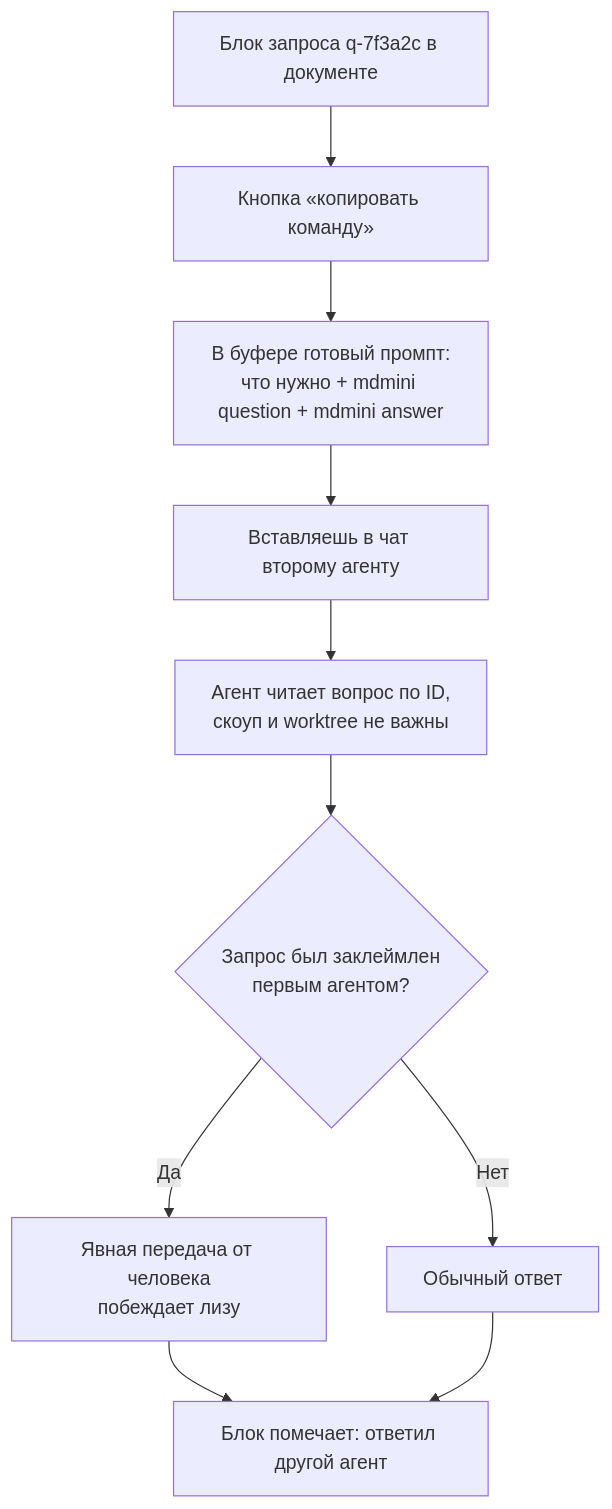
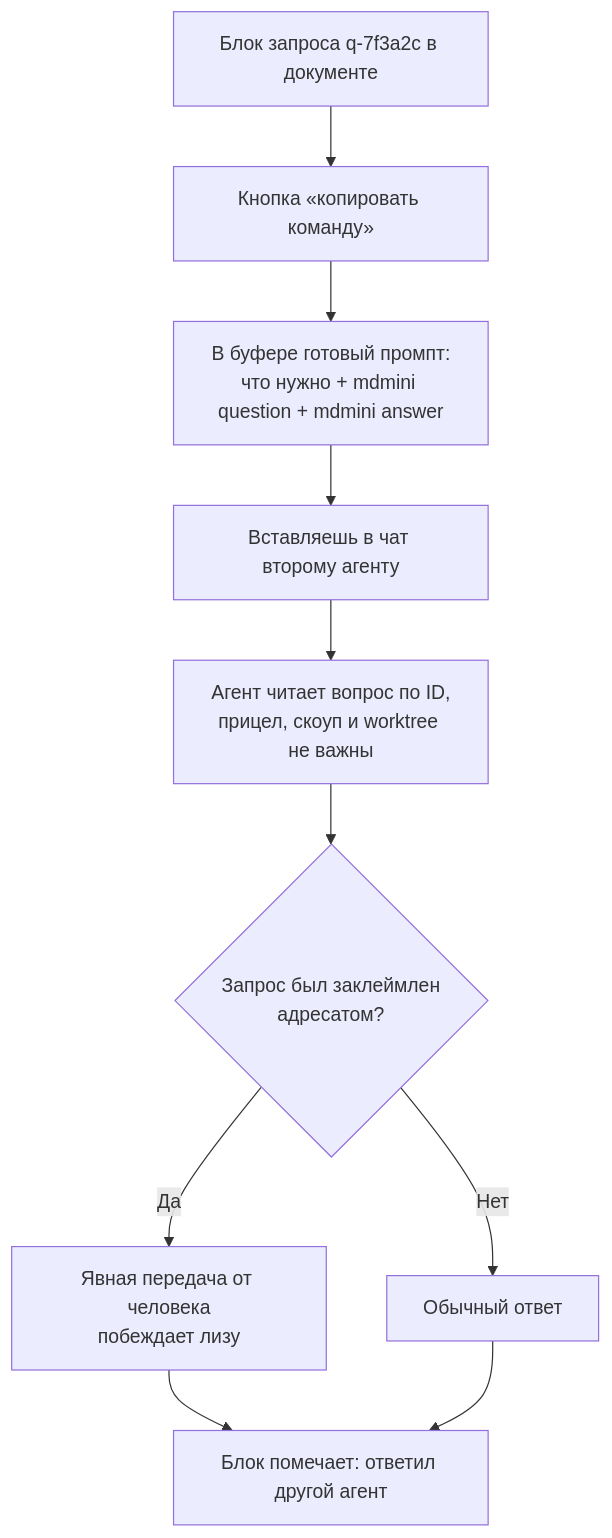
Before and after one commit to malinborn/mdmini: the third of 19 diagrams in docs/superpowers/specs/2026-08-23-document-requests-design.md, drawn with Mermaid. The commit also changed other lines of this file, not shown here.

````diff
--- a/docs/superpowers/specs/2026-08-23-document-requests-design.md
+++ b/docs/superpowers/specs/2026-08-23-document-requests-design.md
@@ -107,12 +130,12 @@
 ```mermaid
 flowchart TD
     A["Блок запроса q-7f3a2c в документе"] --> B["Кнопка «копировать команду»"]
     B --> C["В буфере готовый промпт:<br/>что нужно + mdmini question + mdmini answer"]
     C --> D["Вставляешь в чат второму агенту"]
-    D --> E["Агент читает вопрос по ID,<br/>скоуп и worktree не важны"]
-    E --> F{"Запрос был заклеймлен<br/>первым агентом?"}
+    D --> E["Агент читает вопрос по ID,<br/>прицел, скоуп и worktree не важны"]
+    E --> F{"Запрос был заклеймлен<br/>адресатом?"}
     F -->|"Да"| G["Явная передача от человека<br/>побеждает лизу"]
     F -->|"Нет"| H["Обычный ответ"]
     G --> I["Блок помечает: ответил другой агент"]
     H --> I
 ```
````
